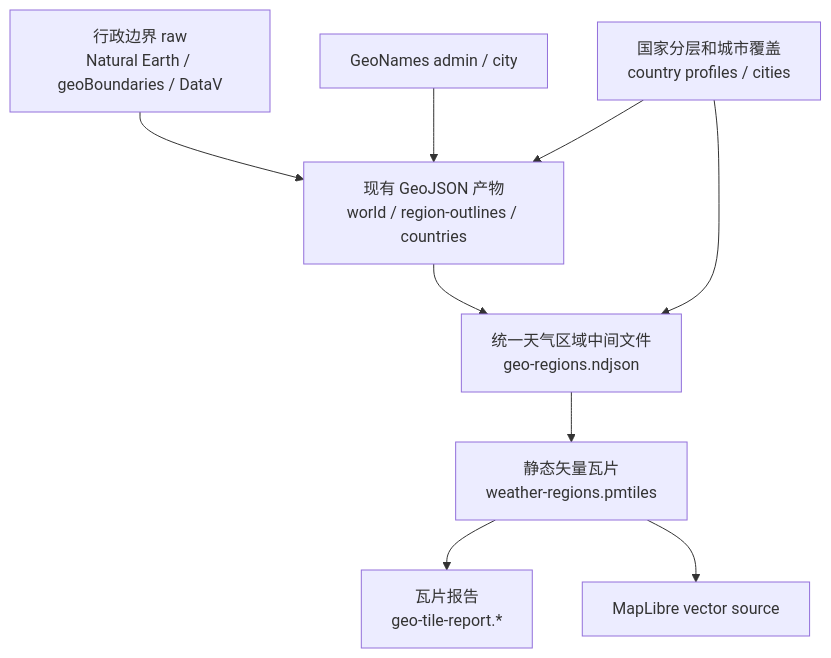
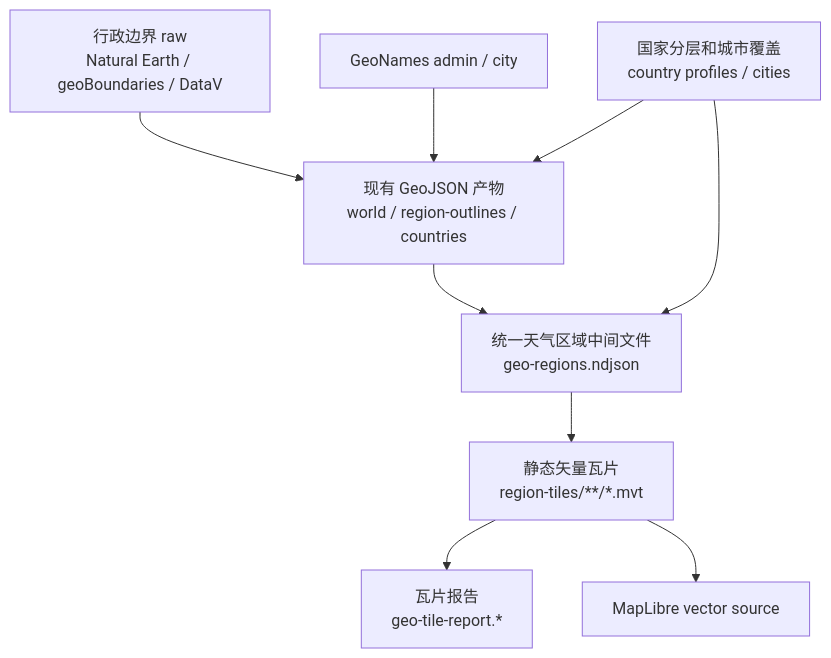
The diagram in docs/specs/42-map-vector-tiles-performance.md (xiaomingio/weather-trip), drawn with Mermaid before and after one commit. The commit also changed other lines of this file and 739 other files, not shown here.

````diff
--- a/docs/specs/42-map-vector-tiles-performance.md
+++ b/docs/specs/42-map-vector-tiles-performance.md
@@ -88,20 +251,20 @@
 ```mermaid
 flowchart TD
   rawBoundary["行政边界 raw<br/>Natural Earth / geoBoundaries / DataV"]
   geonames["GeoNames admin / city"]
   coverage["国家分层和城市覆盖<br/>country profiles / cities"]
   geojson["现有 GeoJSON 产物<br/>world / region-outlines / countries"]
   regions["统一天气区域中间文件<br/>geo-regions.ndjson"]
-  tiles["静态矢量瓦片<br/>weather-regions.pmtiles"]
+  tiles["静态矢量瓦片<br/>region-tiles/**/*.mvt"]
   report["瓦片报告<br/>geo-tile-report.*"]
   browser["MapLibre vector source"]
 
   rawBoundary --> geojson
   geonames --> geojson
   coverage --> geojson
   geojson --> regions
   coverage --> regions
   regions --> tiles
   tiles --> report
   tiles --> browser
 ```
````
